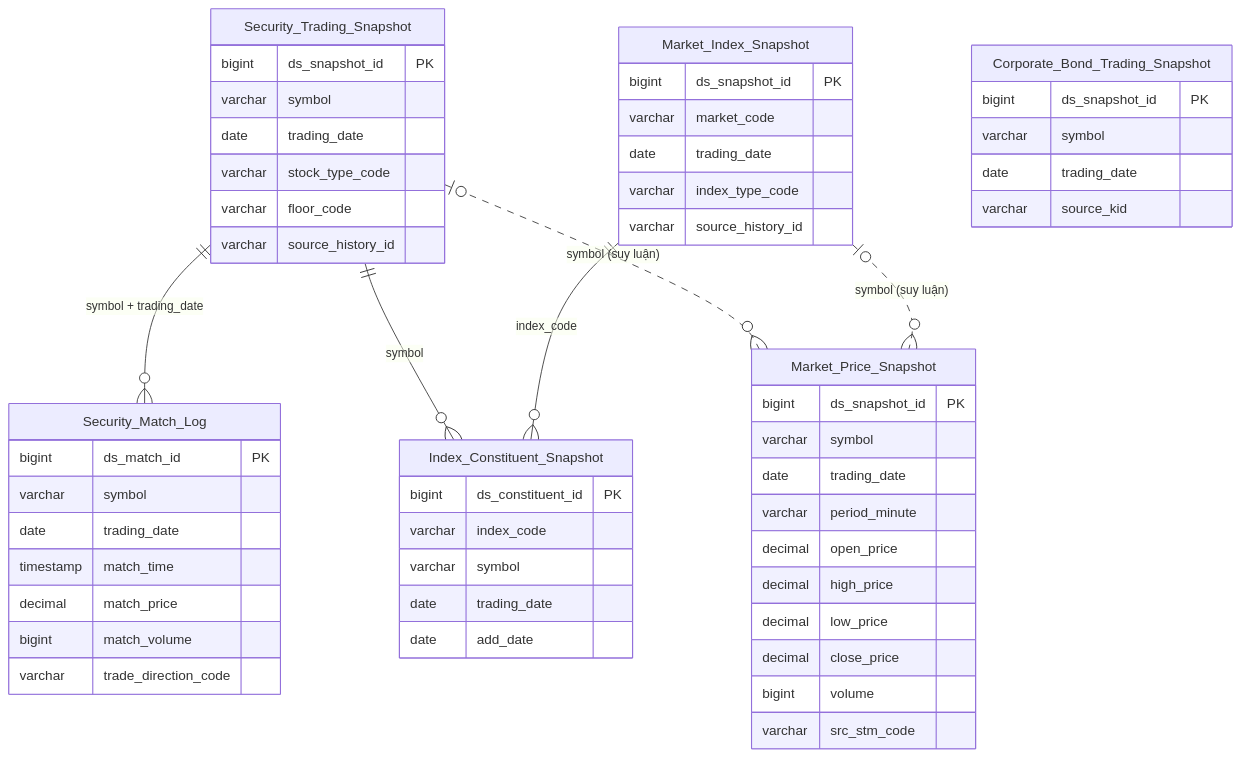
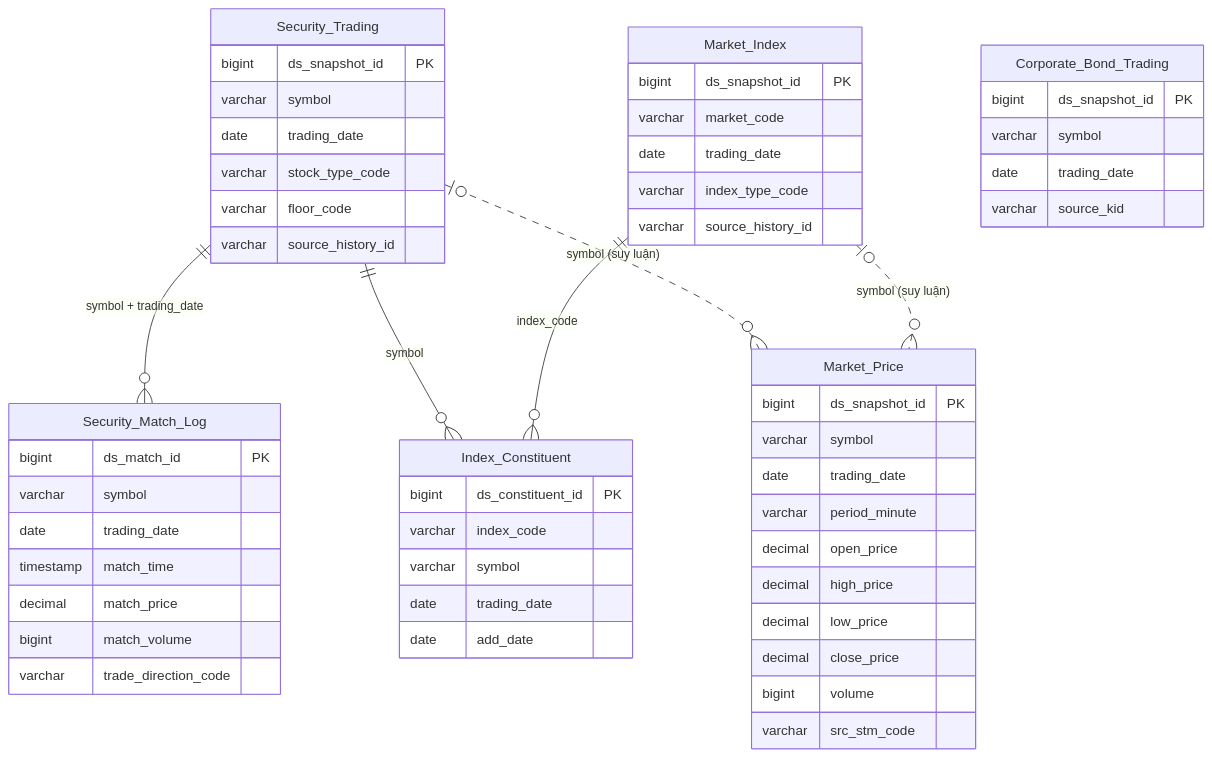
Before and after one commit to linhlvit/ubck_atomic_design: the second of 2 diagrams in DataModel/working/Atomic/hld/MDDS_HLD_Overview.md, drawn with Mermaid. The commit also changed other lines of this file and 16 other files, not shown here.

````diff
--- a/DataModel/working/Atomic/hld/MDDS_HLD_Overview.md
+++ b/DataModel/working/Atomic/hld/MDDS_HLD_Overview.md
@@ -76,63 +76,63 @@
 ```mermaid
 erDiagram
-    Security_Trading_Snapshot {
+    Security_Trading {
         bigint ds_snapshot_id PK
         varchar symbol
         date trading_date
         varchar stock_type_code
         varchar floor_code
         varchar source_history_id
     }
 
-    Market_Index_Snapshot {
+    Market_Index {
         bigint ds_snapshot_id PK
         varchar market_code
         date trading_date
         varchar index_type_code
         varchar source_history_id
     }
 
-    Corporate_Bond_Trading_Snapshot {
+    Corporate_Bond_Trading {
         bigint ds_snapshot_id PK
         varchar symbol
         date trading_date
         varchar source_kid
     }
 
     Security_Match_Log {
         bigint ds_match_id PK
         varchar symbol
         date trading_date
         timestamp match_time
         decimal match_price
         bigint match_volume
         varchar trade_direction_code
     }
 
-    Index_Constituent_Snapshot {
+    Index_Constituent {
         bigint ds_constituent_id PK
         varchar index_code
         varchar symbol
         date trading_date
         date add_date
     }
 
-    Market_Price_Snapshot {
+    Market_Price {
         bigint ds_snapshot_id PK
         varchar symbol
         date trading_date
         varchar period_minute
         decimal open_price
         decimal high_price
         decimal low_price
         decimal close_price
         bigint volume
         varchar src_stm_code
     }
 
-    Security_Trading_Snapshot ||--o{ Security_Match_Log : "symbol + trading_date"
-    Security_Trading_Snapshot ||--o{ Index_Constituent_Snapshot : "symbol"
-    Market_Index_Snapshot ||--o{ Index_Constituent_Snapshot : "index_code"
-    Security_Trading_Snapshot |o..o{ Market_Price_Snapshot : "symbol (suy luận)"
-    Market_Index_Snapshot |o..o{ Market_Price_Snapshot : "symbol (suy luận)"
+    Security_Trading ||--o{ Security_Match_Log : "symbol + trading_date"
+    Security_Trading ||--o{ Index_Constituent : "symbol"
+    Market_Index ||--o{ Index_Constituent : "index_code"
+    Security_Trading |o..o{ Market_Price : "symbol (suy luận)"
+    Market_Index |o..o{ Market_Price : "symbol (suy luận)"
 ```
````
